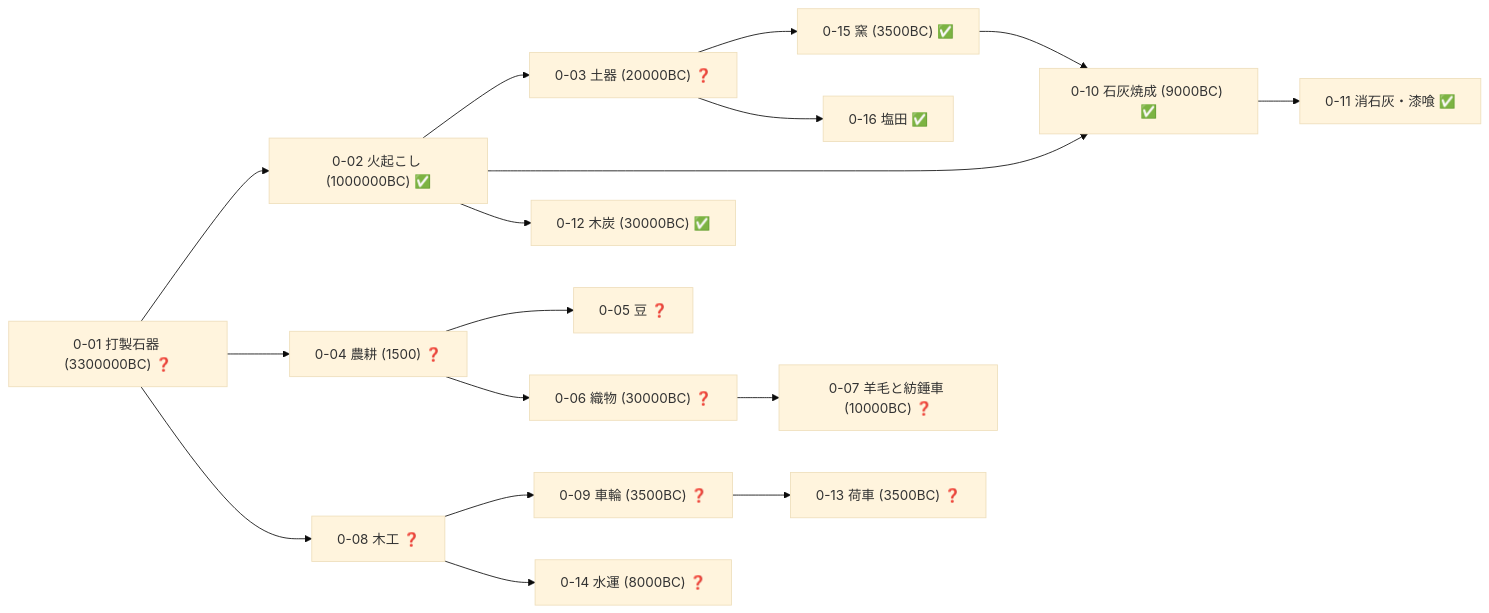
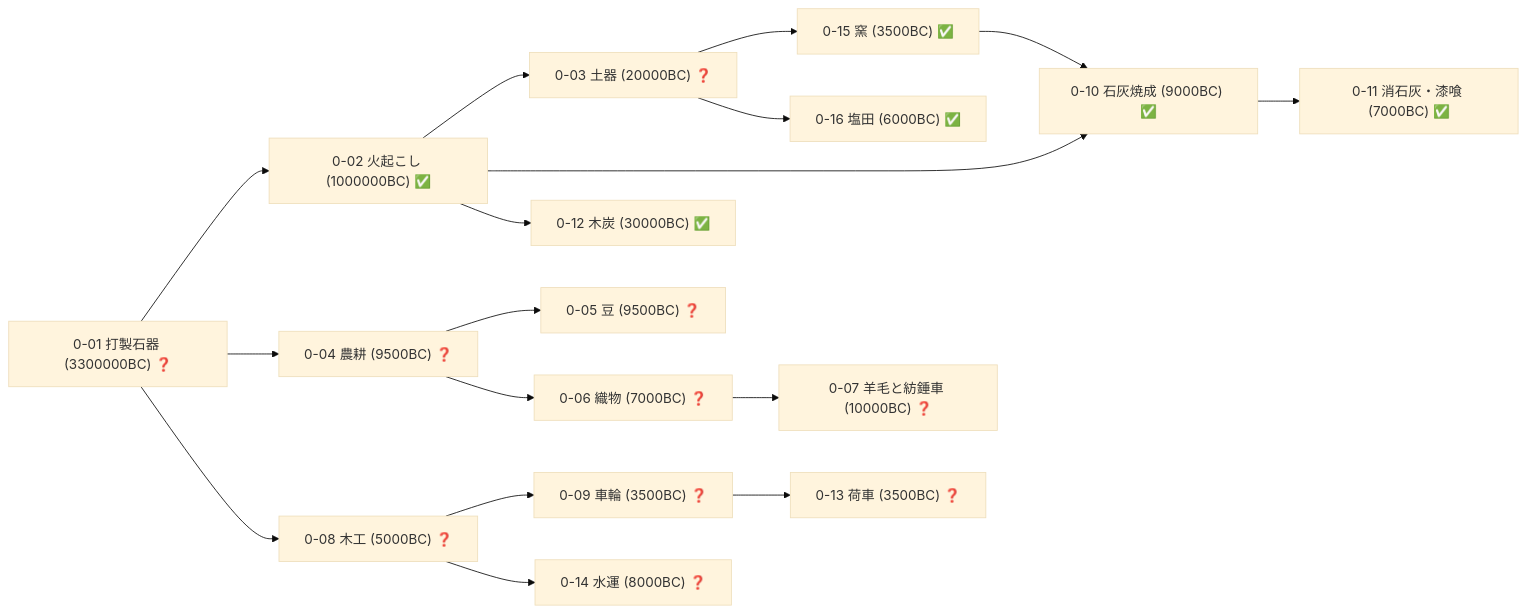
The third of 19 diagrams in docs/TECH_TREE_VIEW.md (taku3i0317-collab/semiconductor-lab), drawn with Mermaid (base theme) before and after one commit. The commit also changed other lines of this file and 7 other files, not shown here.

````diff
--- a/docs/TECH_TREE_VIEW.md
+++ b/docs/TECH_TREE_VIEW.md
@@ -135,35 +135,35 @@
 ```mermaid
 graph LR
   n0_01["0-01 打製石器 (3300000BC) ❓"]
   n0_02["0-02 火起こし (1000000BC) ✅"]
   n0_03["0-03 土器 (20000BC) ❓"]
-  n0_04["0-04 農耕 (1500) ❓"]
-  n0_05["0-05 豆 ❓"]
-  n0_06["0-06 織物 (30000BC) ❓"]
+  n0_04["0-04 農耕 (9500BC) ❓"]
+  n0_05["0-05 豆 (9500BC) ❓"]
+  n0_06["0-06 織物 (7000BC) ❓"]
   n0_07["0-07 羊毛と紡錘車 (10000BC) ❓"]
-  n0_08["0-08 木工 ❓"]
+  n0_08["0-08 木工 (5000BC) ❓"]
   n0_09["0-09 車輪 (3500BC) ❓"]
   n0_10["0-10 石灰焼成 (9000BC) ✅"]
-  n0_11["0-11 消石灰・漆喰 ✅"]
+  n0_11["0-11 消石灰・漆喰 (7000BC) ✅"]
   n0_12["0-12 木炭 (30000BC) ✅"]
   n0_13["0-13 荷車 (3500BC) ❓"]
   n0_14["0-14 水運 (8000BC) ❓"]
   n0_15["0-15 窯 (3500BC) ✅"]
-  n0_16["0-16 塩田 ✅"]
+  n0_16["0-16 塩田 (6000BC) ✅"]
   n0_01-->n0_02
   n0_02-->n0_03
   n0_01-->n0_04
   n0_04-->n0_05
   n0_04-->n0_06
   n0_06-->n0_07
   n0_01-->n0_08
   n0_08-->n0_09
   n0_02-->n0_10
   n0_15-->n0_10
   n0_10-->n0_11
   n0_02-->n0_12
   n0_09-->n0_13
   n0_08-->n0_14
   n0_03-->n0_15
   n0_03-->n0_16
 ```
````
